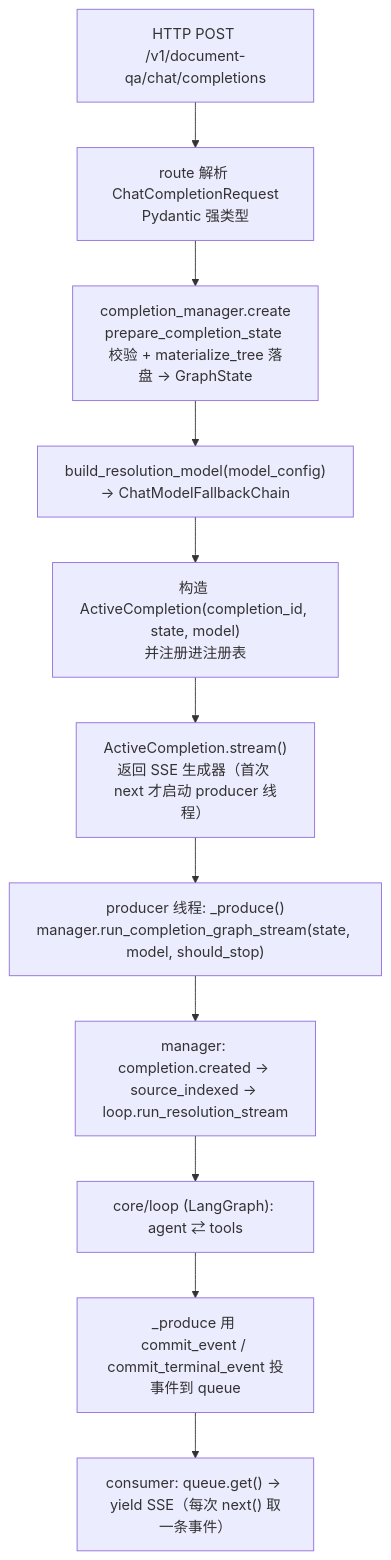
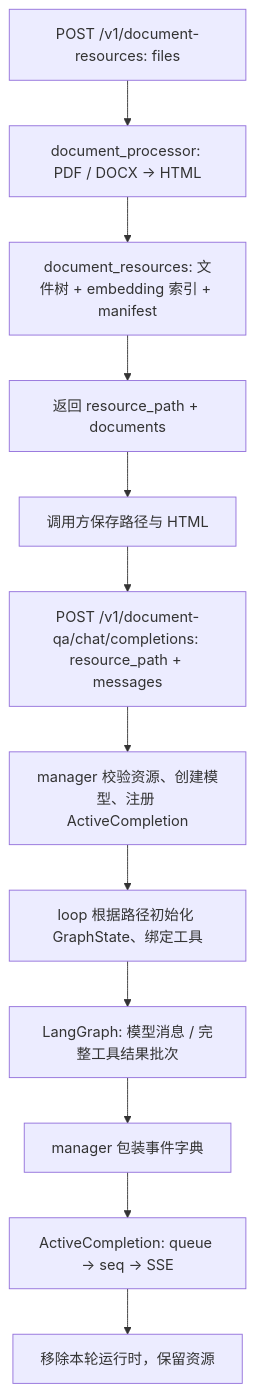
Before and after one commit to ADChahaha/TraceAgent: the first of 2 diagrams in agent/service/file_extraction_agent/docs/flowchart.md, drawn with Mermaid. The commit also changed other lines of this file and 56 other files, not shown here.

Commit message:
refactor(agent): separate document resources from QA execution

````diff
--- a/agent/service/file_extraction_agent/docs/flowchart.md
+++ b/agent/service/file_extraction_agent/docs/flowchart.md
@@ -5,14 +5,14 @@
 ```mermaid
 flowchart TD
-    A[HTTP POST /v1/document-qa/chat/completions]
-    A --> B["route 解析 ChatCompletionRequest<br/>Pydantic 强类型"]
-    B --> C["completion_manager.create<br/>prepare_completion_state 校验 + materialize_tree 落盘 -> GraphState"]
-    C --> D["build_resolution_model(model_config)<br/>-> ChatModelFallbackChain"]
-    D --> E["构造 ActiveCompletion(completion_id, state, model)<br/>并注册进注册表"]
-    E --> F["ActiveCompletion.stream()<br/>返回 SSE 生成器（首次 next 才启动 producer 线程）"]
-    F --> G["producer 线程: _produce()<br/>manager.run_completion_graph_stream(state, model, should_stop)"]
-    G --> H["manager: completion.created -> source_indexed -> loop.run_resolution_stream"]
-    H --> I["core/loop (LangGraph): agent ⇄ tools"]
-    I --> J["_produce 用 commit_event / commit_terminal_event 投事件到 queue"]
-    J --> K["consumer: queue.get() -> yield SSE（每次 next() 取一条事件）"]
+    A["POST /v1/document-resources: files"] --> B["document_processor: PDF / DOCX → HTML"]
+    B --> C["document_resources: 文件树 + embedding 索引 + manifest"]
+    C --> D["返回 resource_path + documents"]
+    D --> E["调用方保存路径与 HTML"]
+    E --> F["POST /v1/document-qa/chat/completions: resource_path + messages"]
+    F --> G["manager 校验资源、创建模型、注册 ActiveCompletion"]
+    G --> H["loop 根据路径初始化 GraphState、绑定工具"]
+    H --> I["LangGraph: 模型消息 / 完整工具结果批次"]
+    I --> J["manager 包装事件字典"]
+    J --> K["ActiveCompletion: queue → seq → SSE"]
+    K --> L["移除本轮运行时，保留资源"]
 ```
````
